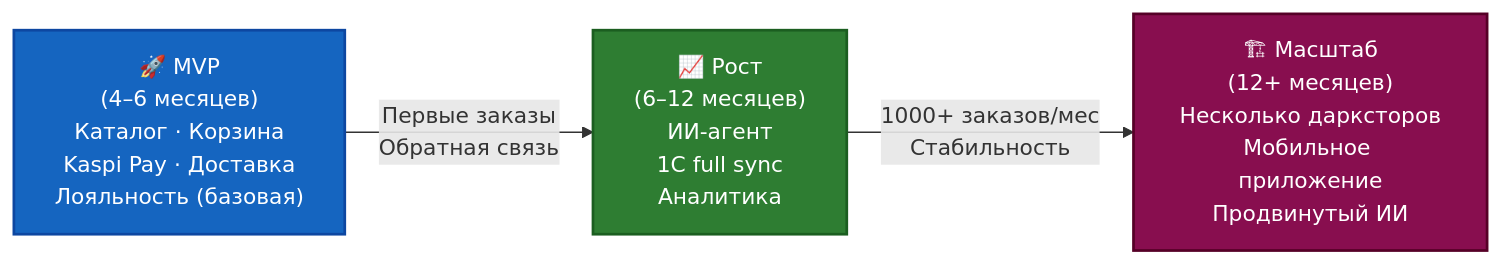
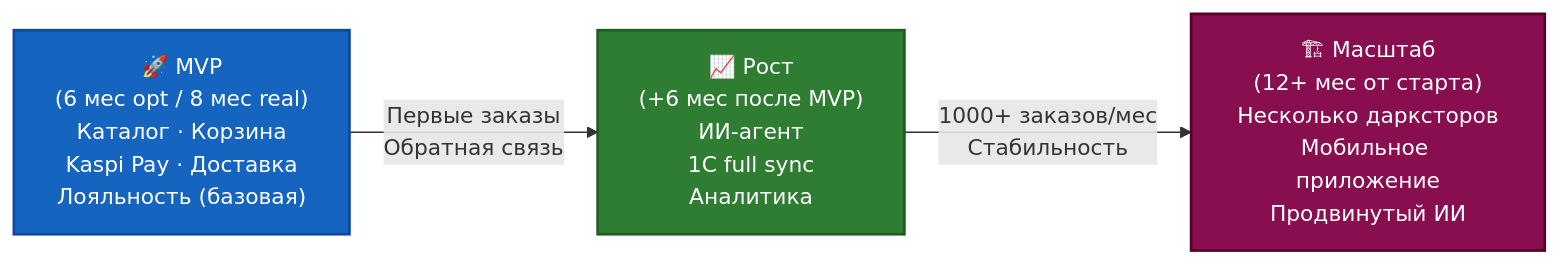
Before and after one commit to alexander-shamray/darkstore: the second of 2 diagrams in docs/DARK_STORE_PROJECT_SUMMARY.md, drawn with Mermaid. The commit also changed other lines of this file and 7 other files, not shown here.

````diff
--- a/docs/DARK_STORE_PROJECT_SUMMARY.md
+++ b/docs/DARK_STORE_PROJECT_SUMMARY.md
@@ -71,17 +71,17 @@
 ```mermaid
 flowchart LR
-    MVP["🚀 MVP\n(4–6 месяцев)\nКаталог · Корзина\nKaspi Pay · Доставка\nЛояльность (базовая)"]
-    GROW["📈 Рост\n(6–12 месяцев)\nИИ-агент\n1С full sync\nАналитика"]
-    SCALE["🏗 Масштаб\n(12+ месяцев)\nНесколько дарксторов\nМобильное приложение\nПродвинутый ИИ"]
+    MVP["🚀 MVP\n(6 мес opt / 8 мес real)\nКаталог · Корзина\nKaspi Pay · Доставка\nЛояльность (базовая)"]
+    GROW["📈 Рост\n(+6 мес после MVP)\nИИ-агент\n1С full sync\nАналитика"]
+    SCALE["🏗 Масштаб\n(12+ мес от старта)\nНесколько дарксторов\nМобильное приложение\nПродвинутый ИИ"]
 
     MVP -->|"Первые заказы\nОбратная связь"| GROW
     GROW -->|"1000+ заказов/мес\nСтабильность"| SCALE
 
     classDef mvpStyle fill:#1565C0,color:#fff,stroke:#0D47A1,stroke-width:2px
     classDef growStyle fill:#2E7D32,color:#fff,stroke:#1B5E20,stroke-width:2px
     classDef scaleStyle fill:#880E4F,color:#fff,stroke:#560027,stroke-width:2px
 
     class MVP mvpStyle
     class GROW growStyle
     class SCALE scaleStyle
 ```
````
